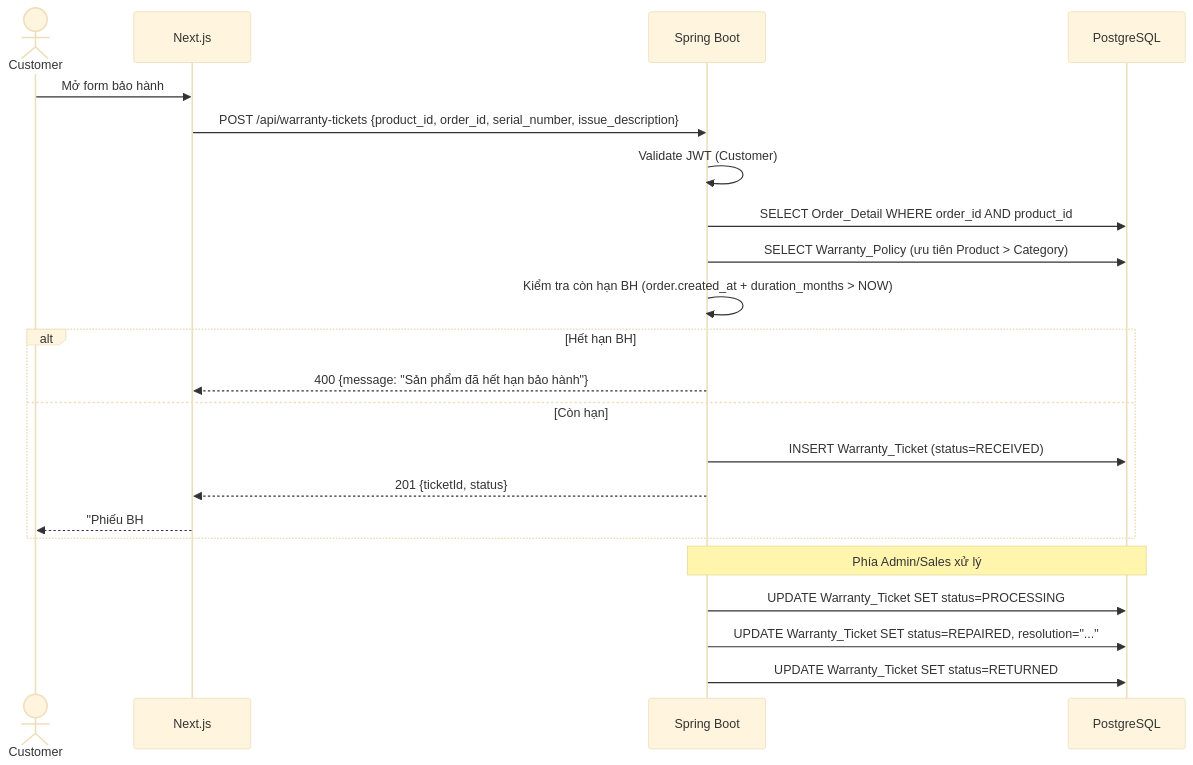
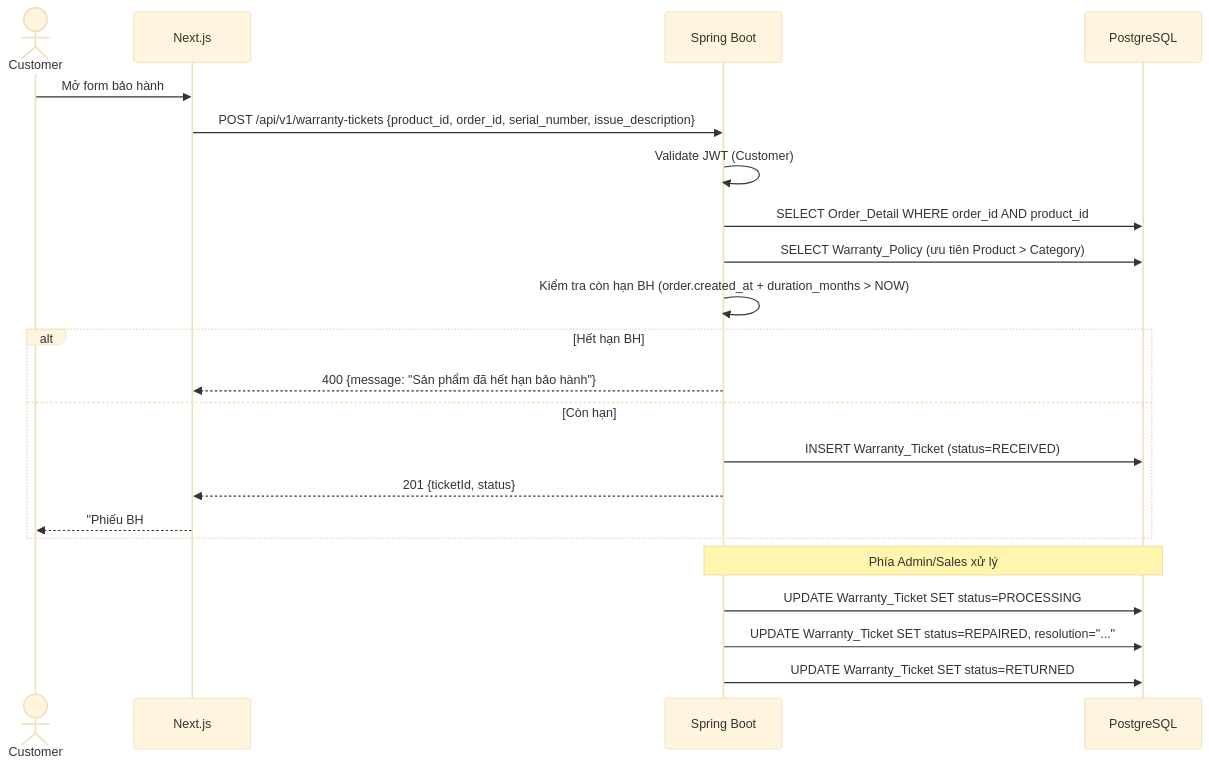
Diagram 20 of 35 in docs/design.md (huuhieu56/PC-Parts-ECommerce), drawn with Mermaid (base theme) before and after one commit. The commit also changed other lines of this file and 1 other file, not shown here.

````diff
--- a/docs/design.md
+++ b/docs/design.md
@@ -1268,27 +1264,27 @@
 ```mermaid
 sequenceDiagram
     actor Customer
     participant FE as Next.js
     participant BE as Spring Boot
     participant DB as PostgreSQL
 
     Customer->>FE: Mở form bảo hành
-    FE->>BE: POST /api/warranty-tickets {product_id, order_id, serial_number, issue_description}
+    FE->>BE: POST /api/v1/warranty-tickets {product_id, order_id, serial_number, issue_description}
     BE->>BE: Validate JWT (Customer)
     BE->>DB: SELECT Order_Detail WHERE order_id AND product_id
     BE->>DB: SELECT Warranty_Policy (ưu tiên Product > Category)
     BE->>BE: Kiểm tra còn hạn BH (order.created_at + duration_months > NOW)
 
     alt Hết hạn BH
         BE-->>FE: 400 {message: "Sản phẩm đã hết hạn bảo hành"}
     else Còn hạn
         BE->>DB: INSERT Warranty_Ticket (status=RECEIVED)
         BE-->>FE: 201 {ticketId, status}
         FE-->>Customer: "Phiếu BH #xxx đã tạo thành công"
     end
 
     Note over BE,DB: Phía Admin/Sales xử lý
     BE->>DB: UPDATE Warranty_Ticket SET status=PROCESSING
     BE->>DB: UPDATE Warranty_Ticket SET status=REPAIRED, resolution="..."
     BE->>DB: UPDATE Warranty_Ticket SET status=RETURNED
 ```
````
